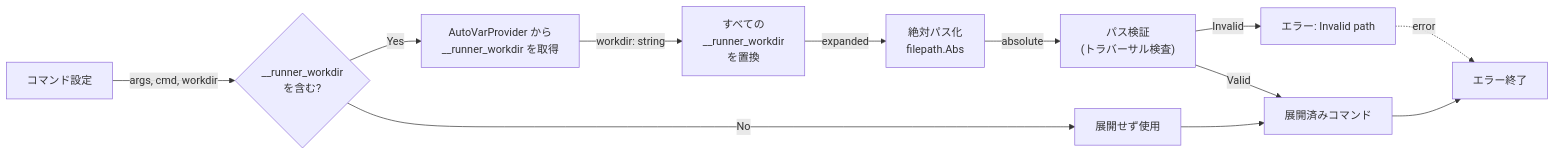
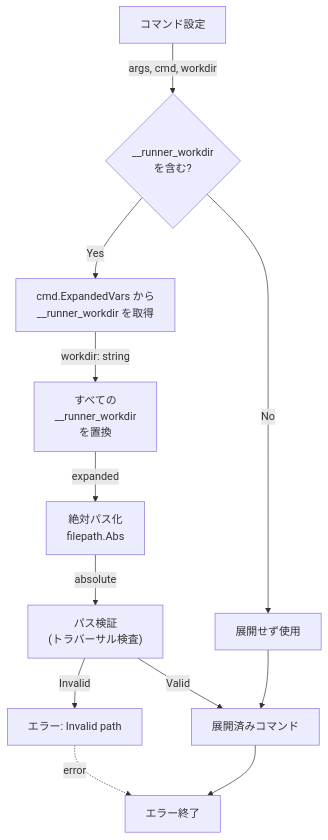
Before and after one commit to isseis/go-safe-cmd-runner: the fifth of 11 diagrams in docs/tasks/0034_workdir_redesign/02_architecture.md, drawn with Mermaid. The commit also changed other lines of this file and 1 other file, not shown here.

First line of the commit message:
Replace AutoVarProvider workflow with group.ExpandedVars __runner_workdir

````diff
--- a/docs/tasks/0034_workdir_redesign/02_architecture.md
+++ b/docs/tasks/0034_workdir_redesign/02_architecture.md
@@ -267,21 +267,21 @@
 ```mermaid
-flowchart LR
+flowchart TD
     Input["コマンド設定"]
     Input -->|args, cmd, workdir| HasVariable{"__runner_workdir<br/>を含む?"}
 
-    HasVariable -->|Yes| GetWorkDirPath["AutoVarProvider から<br/>__runner_workdir を取得"]
+    HasVariable -->|Yes| GetWorkDirPath["cmd.ExpandedVars から<br/>__runner_workdir を取得"]
     HasVariable -->|No| NoExpansion["展開せず使用"]
 
     GetWorkDirPath -->|workdir: string| ReplaceVariable["すべての<br/>__runner_workdir<br/>を置換"]
 
     ReplaceVariable -->|expanded| ResolveAbsPath["絶対パス化<br/>filepath.Abs"]
 
     ResolveAbsPath -->|absolute| ValidatePath["パス検証<br/>(トラバーサル検査)"]
 
     ValidatePath -->|Valid| Output["展開済みコマンド"]
     ValidatePath -->|Invalid| Error["エラー: Invalid path"]
 
     NoExpansion --> Output
     Error -.->|error| End["エラー終了"]
     Output --> End
 ```
````
